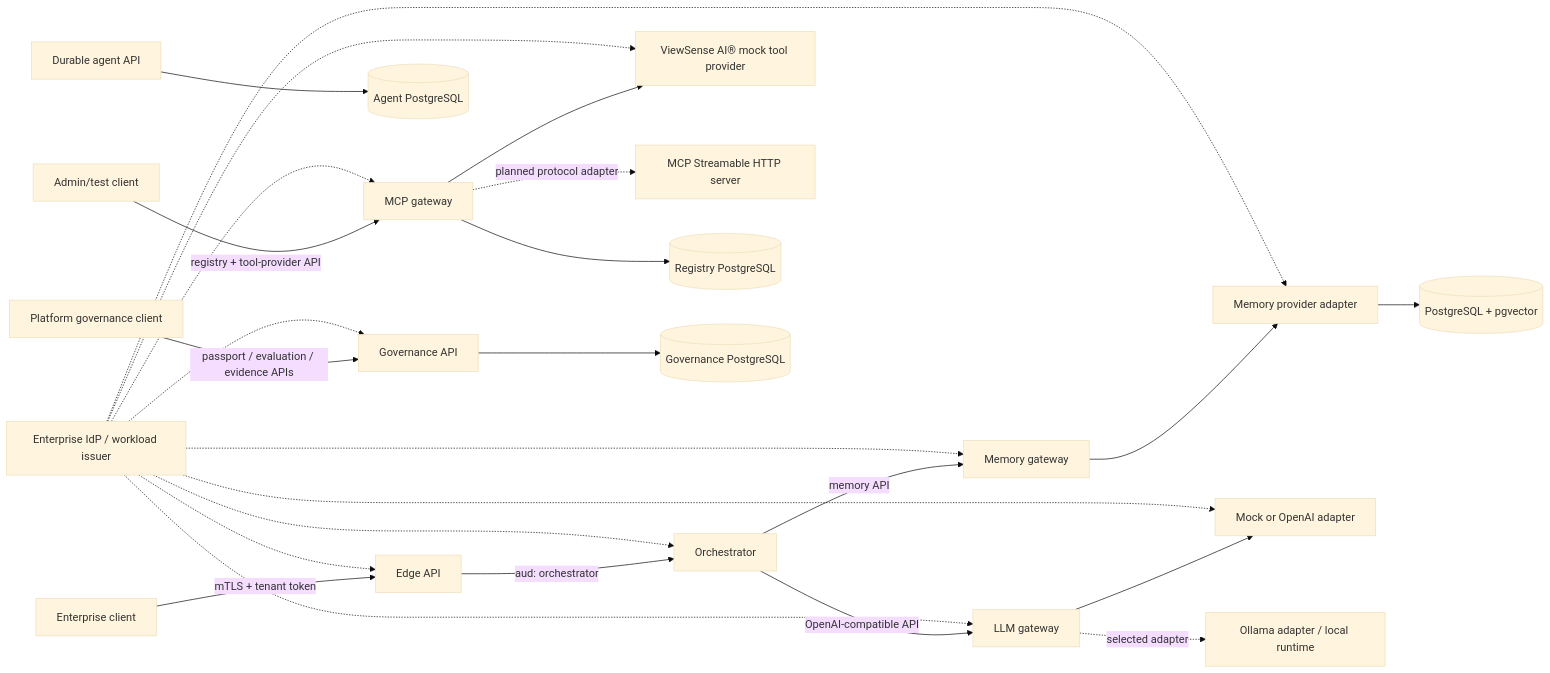
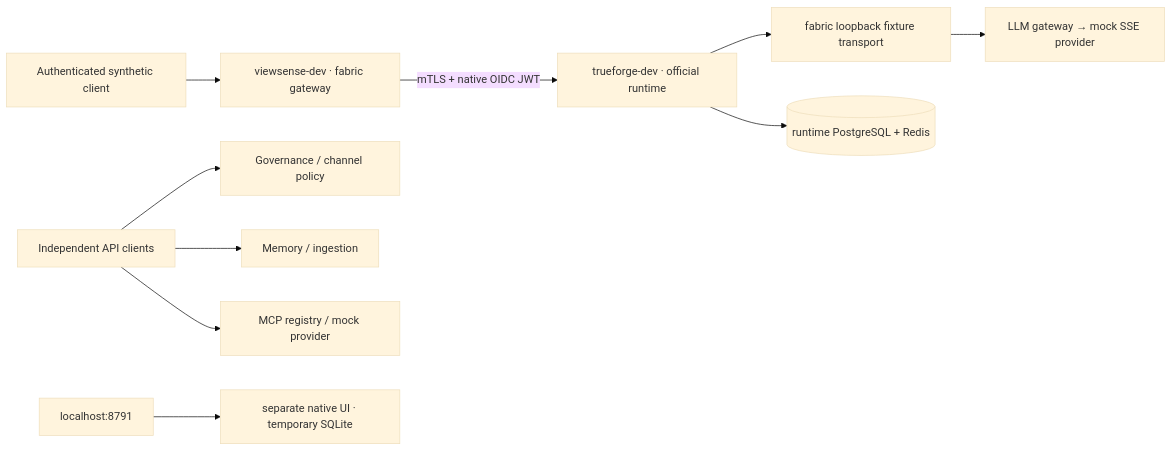
One commit to diaryfolio/aiops-fabric-docs changed the diagram in docs/TECHNICAL_README.md. Above: the diagram before and after it, drawn with Mermaid (base theme). The commit also changed other lines of this file and 57 other files, not shown here.

````diff
--- a/docs/TECHNICAL_README.md
+++ b/docs/TECHNICAL_README.md
@@ -30,19 +21,12 @@
 ```mermaid
 flowchart LR
-    C["Enterprise client"] -->|"mTLS + tenant token"| G["Edge API"]
-    G -->|"aud: orchestrator"| O["Orchestrator"]
-    O -->|"memory API"| MG["Memory gateway"]
-    O -->|"OpenAI-compatible API"| LG["LLM gateway"]
-    T["Admin/test client"] -->|"registry + tool-provider API"| XG["MCP gateway"]
-    AR["Durable agent API"] --> AGDB[("Agent PostgreSQL")]
-    A["Platform governance client"] -->|"passport / evaluation / evidence APIs"| V["Governance API"]
-    MG --> MP["Memory provider adapter"]
-    LG --> LP["Mock or OpenAI adapter"]
-    XG --> XP["ViewSense AI® mock tool provider"]
-    LG -. "selected adapter" .-> Local["Ollama adapter / local runtime"]
-    XG -. "planned protocol adapter" .-> NativeMCP["MCP Streamable HTTP server"]
-    MP --> PGV[("PostgreSQL + pgvector")]
-    XG --> PGR[("Registry PostgreSQL")]
-    V --> PG[("Governance PostgreSQL")]
-    I["Enterprise IdP / workload issuer"] -.-> G & O & MG & LG & XG & V & MP & LP & XP
+    Client["Authenticated synthetic client"] --> Fabric["viewsense-dev · fabric gateway"]
+    Fabric -->|"mTLS + native OIDC JWT"| Runtime["trueforge-dev · official runtime"]
+    Runtime --> Bridge["fabric loopback fixture transport"]
+    Bridge --> LLM["LLM gateway → mock SSE provider"]
+    Runtime --> State[("runtime PostgreSQL + Redis")]
+    APIs["Independent API clients"] --> Gov["Governance / channel policy"]
+    APIs --> Memory["Memory / ingestion"]
+    APIs --> Tools["MCP registry / mock provider"]
+    Browser["localhost:8791"] --> Preview["separate native UI · temporary SQLite"]
 ```
````
